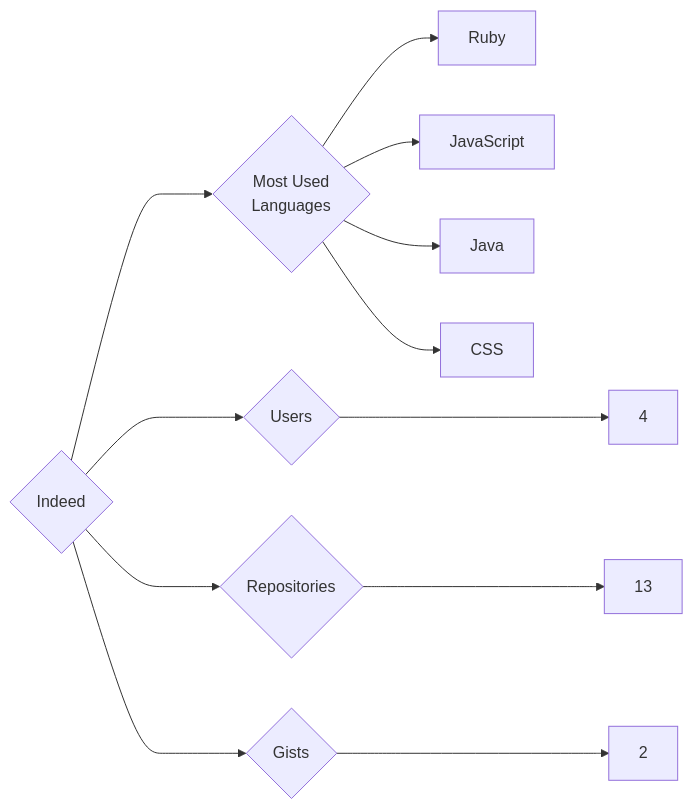
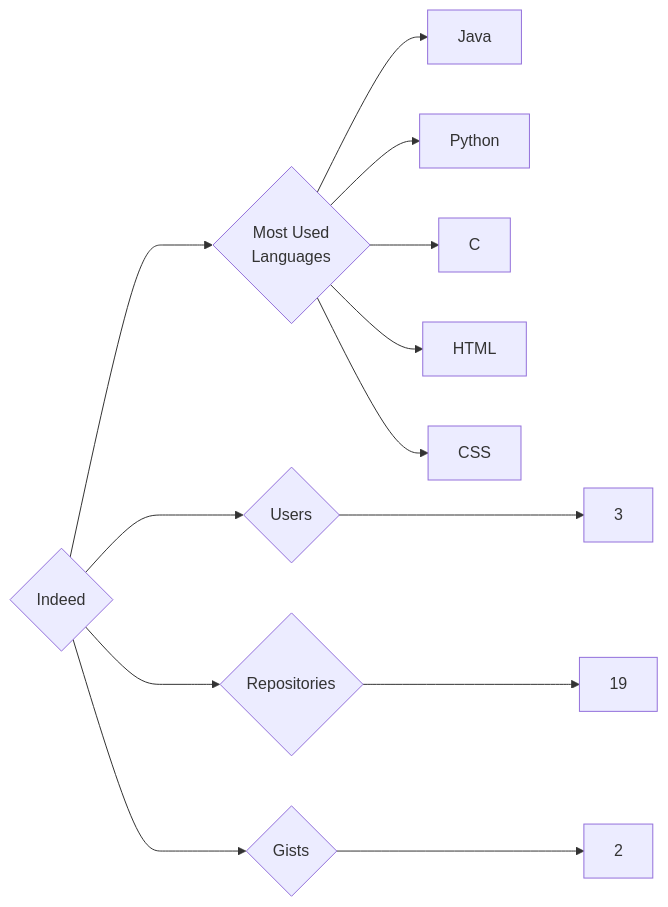
One commit to trickest/insiders changed the diagram in targets/Indeed/README.md. Above: the diagram before and after it, drawn with Mermaid. The commit also changed 1030 other files, not shown here.

````diff
--- a/targets/Indeed/README.md
+++ b/targets/Indeed/README.md
@@ -3,12 +3,13 @@
 ```mermaid
 graph LR
 COMPANY_NAME{Indeed}
-COMPANY_NAME ---> U{Users} ---> UN[4]
-COMPANY_NAME ---> R{Repositories} ---> RN[13]
+COMPANY_NAME ---> U{Users} ---> UN[3]
+COMPANY_NAME ---> R{Repositories} ---> RN[19]
 COMPANY_NAME ---> G{Gists} ---> GN[2]
 COMPANY_NAME ---> ML{Most Used<br>Languages}
-ML --> Ruby[Ruby]
-ML --> JavaScript[JavaScript]
 ML --> Java[Java]
+ML --> Python[Python]
+ML --> C[C]
+ML --> HTML[HTML]
 ML --> CSS[CSS]
 ```
````
